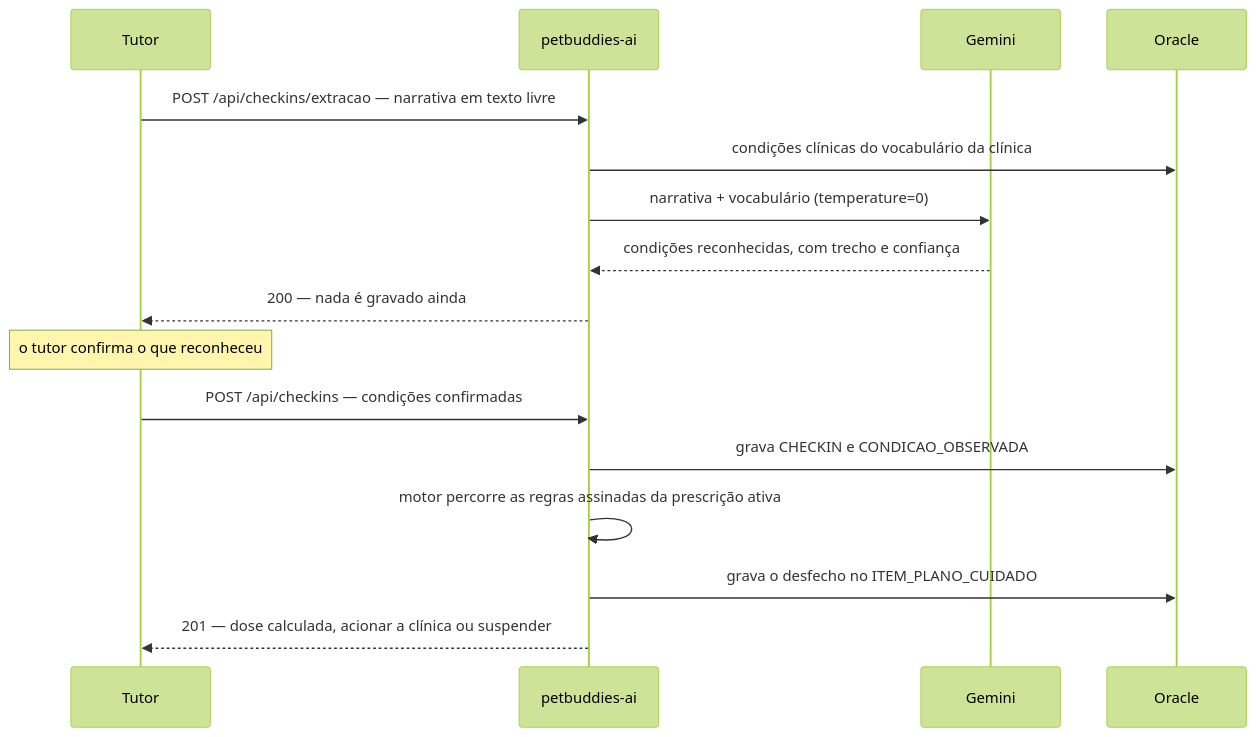
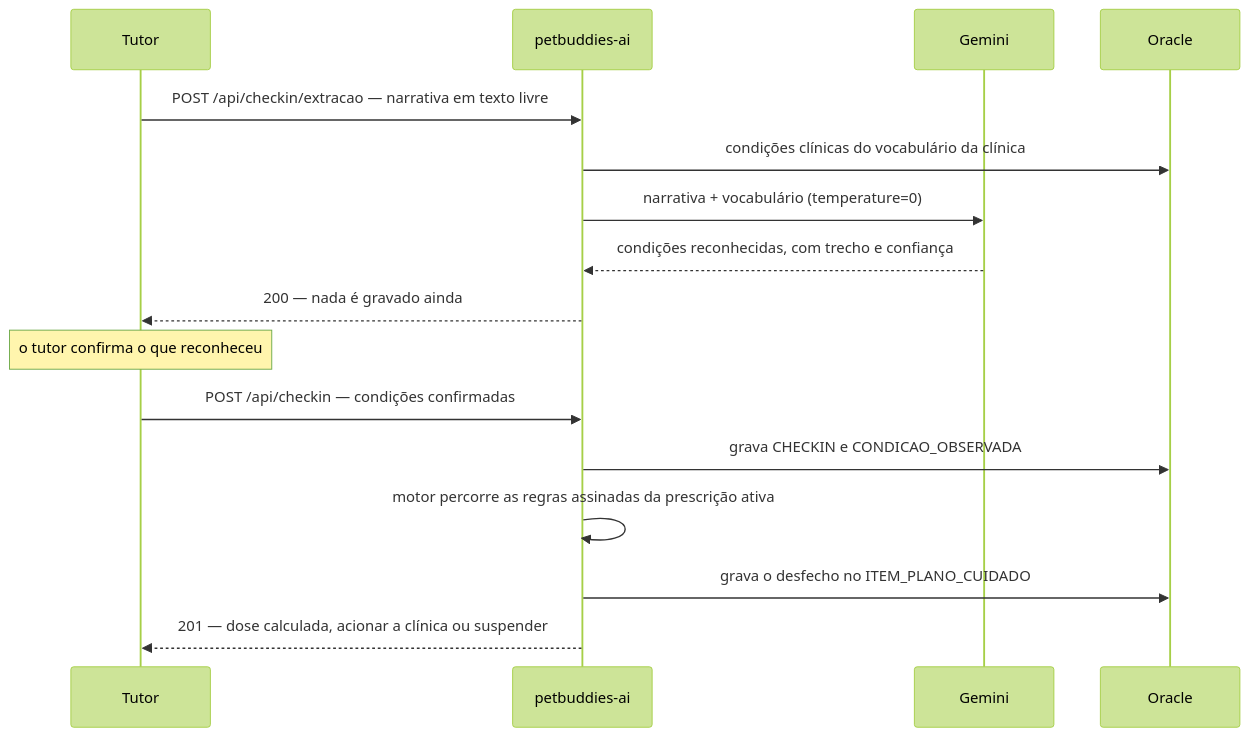
One commit to 3BugBuddies/PetBuddies-AI changed the fifth of 5 diagrams in README.md. Above: the diagram before and after it, drawn with Mermaid (forest theme). The commit also changed other lines of this file and 16 other files, not shown here.

````diff
--- a/README.md
+++ b/README.md
@@ -329,21 +329,21 @@
 ```mermaid
 sequenceDiagram
     participant T as Tutor
     participant J as petbuddies-ai
     participant G as Gemini
     participant DB as Oracle
 
-    T->>J: POST /api/checkins/extracao — narrativa em texto livre
+    T->>J: POST /api/checkin/extracao — narrativa em texto livre
     J->>DB: condições clínicas do vocabulário da clínica
     J->>G: narrativa + vocabulário (temperature=0)
     G-->>J: condições reconhecidas, com trecho e confiança
     J-->>T: 200 — nada é gravado ainda
 
     Note over T: o tutor confirma o que reconheceu
 
-    T->>J: POST /api/checkins — condições confirmadas
+    T->>J: POST /api/checkin — condições confirmadas
     J->>DB: grava CHECKIN e CONDICAO_OBSERVADA
     J->>J: motor percorre as regras assinadas da prescrição ativa
     J->>DB: grava o desfecho no ITEM_PLANO_CUIDADO
     J-->>T: 201 — dose calculada, acionar a clínica ou suspender
 ```
````
